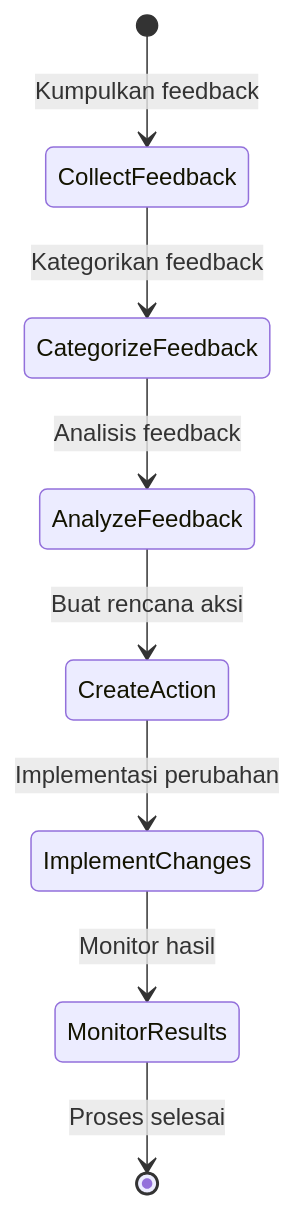
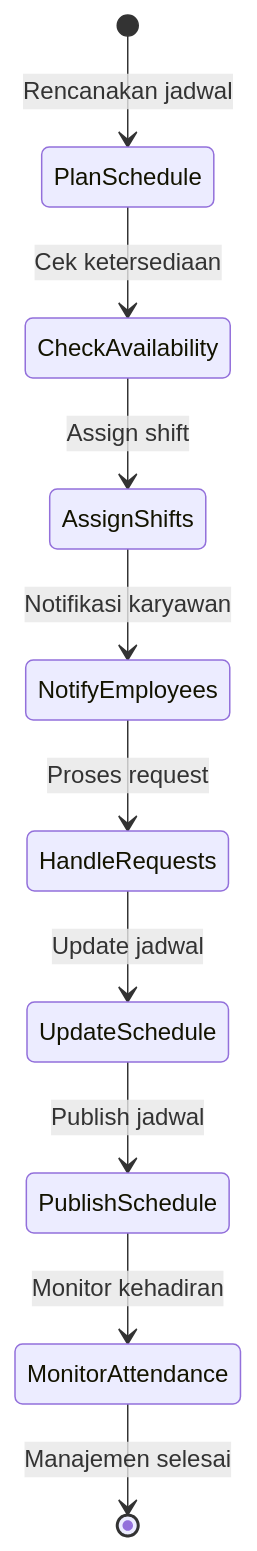
Before and after one commit to mrfansi/DearPOS: diagram 11 of 15 in documents/activity-diagrams.md, drawn with Mermaid. The commit also changed other lines of this file and 3 other files, not shown here.

````diff
--- a/documents/activity-diagrams.md
+++ b/documents/activity-diagrams.md
@@ -209,10 +183,12 @@
 ```mermaid
 stateDiagram-v2
-    [*] --> CollectFeedback: Kumpulkan feedback
-    CollectFeedback --> CategorizeFeedback: Kategorikan feedback
-    CategorizeFeedback --> AnalyzeFeedback: Analisis feedback
-    AnalyzeFeedback --> CreateAction: Buat rencana aksi
-    CreateAction --> ImplementChanges: Implementasi perubahan
-    ImplementChanges --> MonitorResults: Monitor hasil
-    MonitorResults --> [*]: Proses selesai
+    [*] --> PlanSchedule: Rencanakan jadwal
+    PlanSchedule --> CheckAvailability: Cek ketersediaan
+    CheckAvailability --> AssignShifts: Assign shift
+    AssignShifts --> NotifyEmployees: Notifikasi karyawan
+    NotifyEmployees --> HandleRequests: Proses request
+    HandleRequests --> UpdateSchedule: Update jadwal
+    UpdateSchedule --> PublishSchedule: Publish jadwal
+    PublishSchedule --> MonitorAttendance: Monitor kehadiran
+    MonitorAttendance --> [*]: Manajemen selesai
 ```
````
